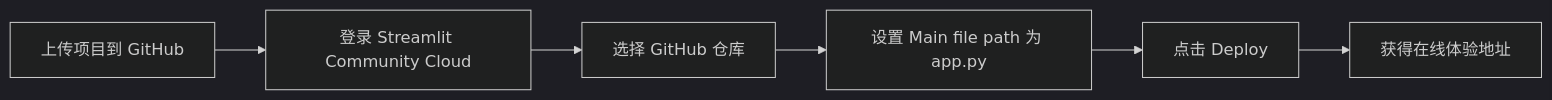
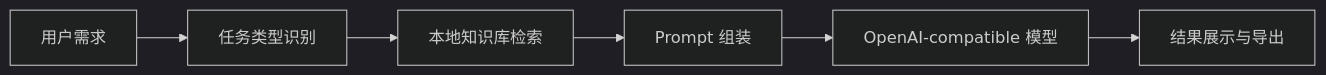
Before and after one commit to liqinglq666/Yuejian-Feiyi-Agent: the diagram in README.md, drawn with Mermaid (dark theme). The commit also changed other lines of this file, not shown here.

````diff
--- a/README.md
+++ b/README.md
@@ -384,8 +21,8 @@
 ```mermaid
 flowchart LR
-    A[上传项目到 GitHub] --> B[登录 Streamlit Community Cloud]
-    B --> C[选择 GitHub 仓库]
-    C --> D[设置 Main file path 为 app.py]
-    D --> E[点击 Deploy]
-    E --> F[获得在线体验地址]
+    A[用户需求] --> B[任务类型识别]
+    B --> C[本地知识库检索]
+    C --> D[Prompt 组装]
+    D --> E[OpenAI-compatible 模型]
+    E --> F[结果展示与导出]
 ```
````
